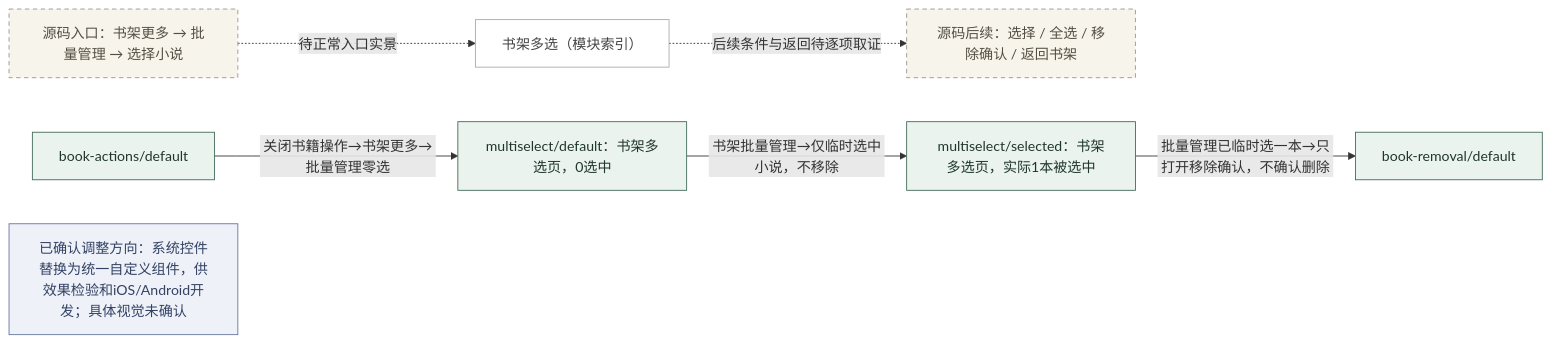
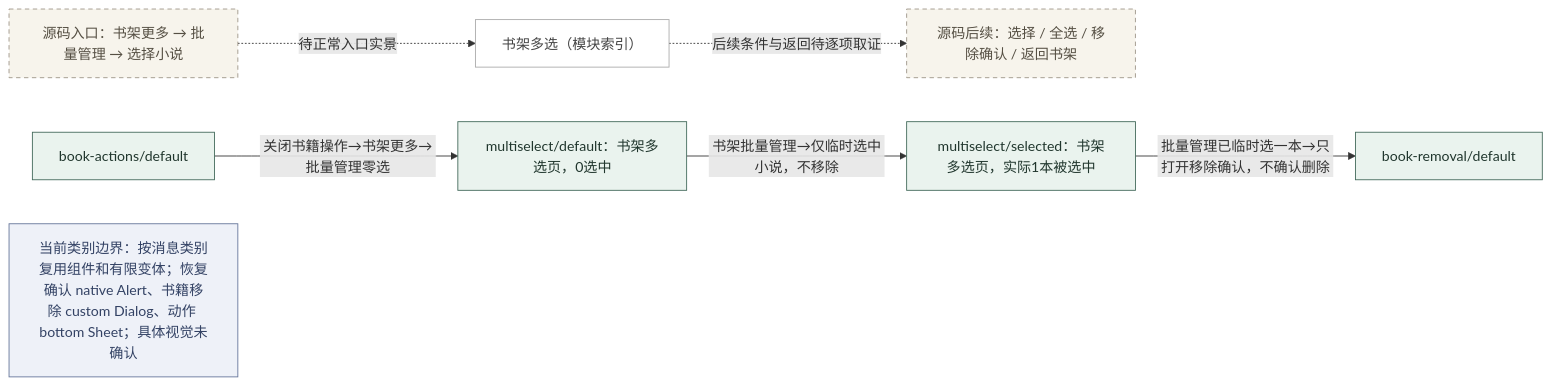
The fifth of 38 diagrams in docs/ui-design/app-baseline/LOGIC.md (minliny/Reader-for-HarmonyOS), drawn with Mermaid before and after one commit. The commit also changed other lines of this file and 16 other files, not shown here.

````diff
--- a/docs/ui-design/app-baseline/LOGIC.md
+++ b/docs/ui-design/app-baseline/LOGIC.md
@@ -122,20 +122,20 @@
 ```mermaid
 flowchart LR
   N1["书架多选（模块索引）"]:::module
   N2["源码入口：书架更多 → 批量管理 → 选择小说"]:::pending
   N3["源码后续：选择 / 全选 / 移除确认 / 返回书架"]:::pending
   N2 -.->|待正常入口实景| N1
   N1 -.->|后续条件与返回待逐项取证| N3
   N4["multiselect/default：书架多选页，0选中"]:::observed
   N5["multiselect/selected：书架多选页，实际1本被选中"]:::observed
   N6["book-actions/default"]:::observed
   N6 -->|关闭书籍操作→书架更多→批量管理零选| N4
   N4 -->|书架批量管理→仅临时选中小说，不移除| N5
   N7["book-removal/default"]:::observed
   N5 -->|批量管理已临时选一本→只打开移除确认，不确认删除| N7
-  N8["已确认调整方向：系统控件替换为统一自定义组件，供效果检验和iOS/Android开发；具体视觉未确认"]:::confirmed
+  N8["当前类别边界：按消息类别复用组件和有限变体；恢复确认 native Alert、书籍移除 custom Dialog、动作 bottom Sheet；具体视觉未确认"]:::confirmed
   classDef observed fill:#eaf3ee,stroke:#42695a,color:#20362d
   classDef pending fill:#f7f4ec,stroke:#9d9587,color:#554f43,stroke-dasharray:5 4
   classDef confirmed fill:#eef1f8,stroke:#65759a,color:#334264
   classDef module fill:#fff,stroke:#aaa,color:#444
 ```
````
